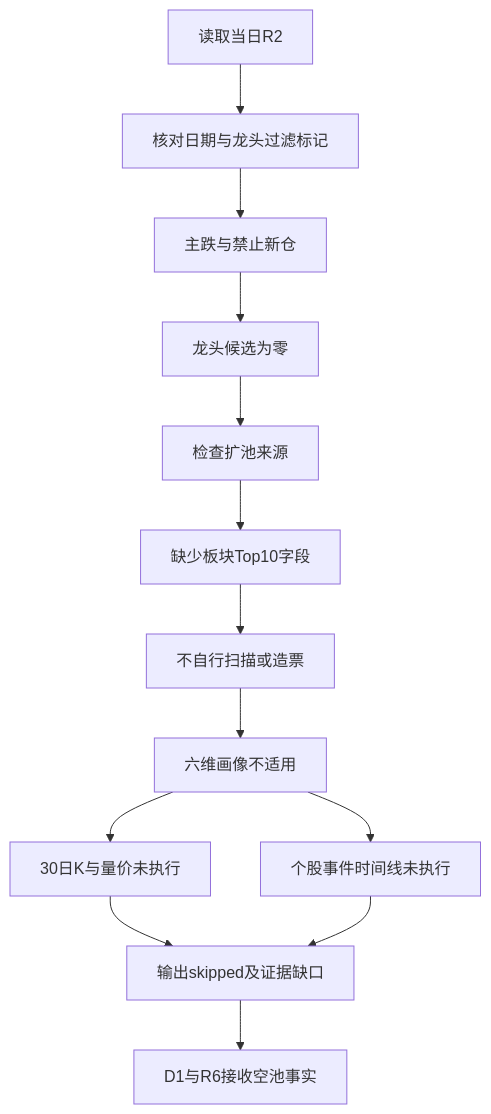
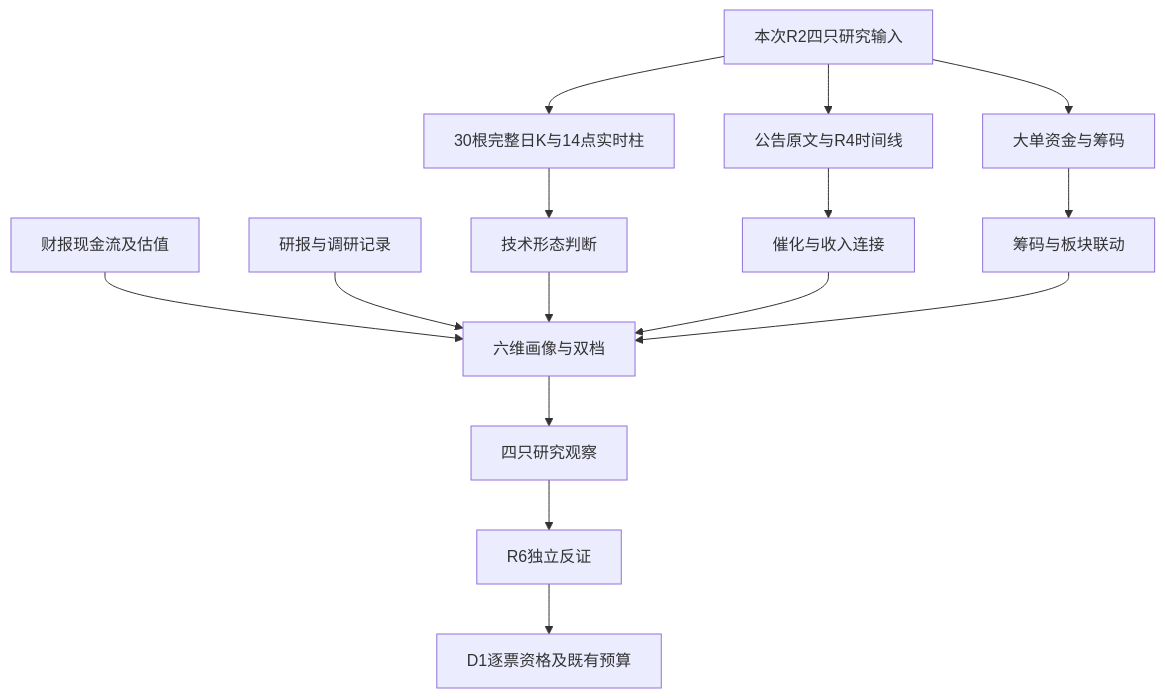
One commit to chenyang1999/chzl-kg changed the diagram in content/投研交易/个股画像/20261023.md. Above: the diagram before and after it, drawn with Mermaid. The commit also changed other lines of this file and 493 other files, not shown here.

````diff
--- a/content/投研交易/个股画像/20261023.md
+++ b/content/投研交易/个股画像/20261023.md
@@ -64,15 +217,17 @@
 ```mermaid
 flowchart TD
-    A[读取当日R2] --> B[核对日期与龙头过滤标记]
-    B --> C[主跌与禁止新仓]
-    C --> D[龙头候选为零]
-    D --> E[检查扩池来源]
-    E --> F[缺少板块Top10字段]
-    F --> G[不自行扫描或造票]
-    G --> H[六维画像不适用]
-    H --> I[30日K与量价未执行]
-    H --> J[个股事件时间线未执行]
-    I --> K[输出skipped及证据缺口]
-    J --> K
-    K --> L[D1与R6接收空池事实]
+    A[本次R2四只研究输入] --> B[30根完整日K与14点实时柱]
+    A --> C[公告原文与R4时间线]
+    A --> D[大单资金与筹码]
+    B --> E[技术形态判断]
+    C --> F[催化与收入连接]
+    D --> G[筹码与板块联动]
+    H[财报现金流及估值] --> I[六维画像与双档]
+    J[研报与调研记录] --> I
+    E --> I
+    F --> I
+    G --> I
+    I --> K[四只研究观察]
+    K --> L[R6独立反证]
+    L --> M[D1逐票资格及既有预算]
 ```
````
